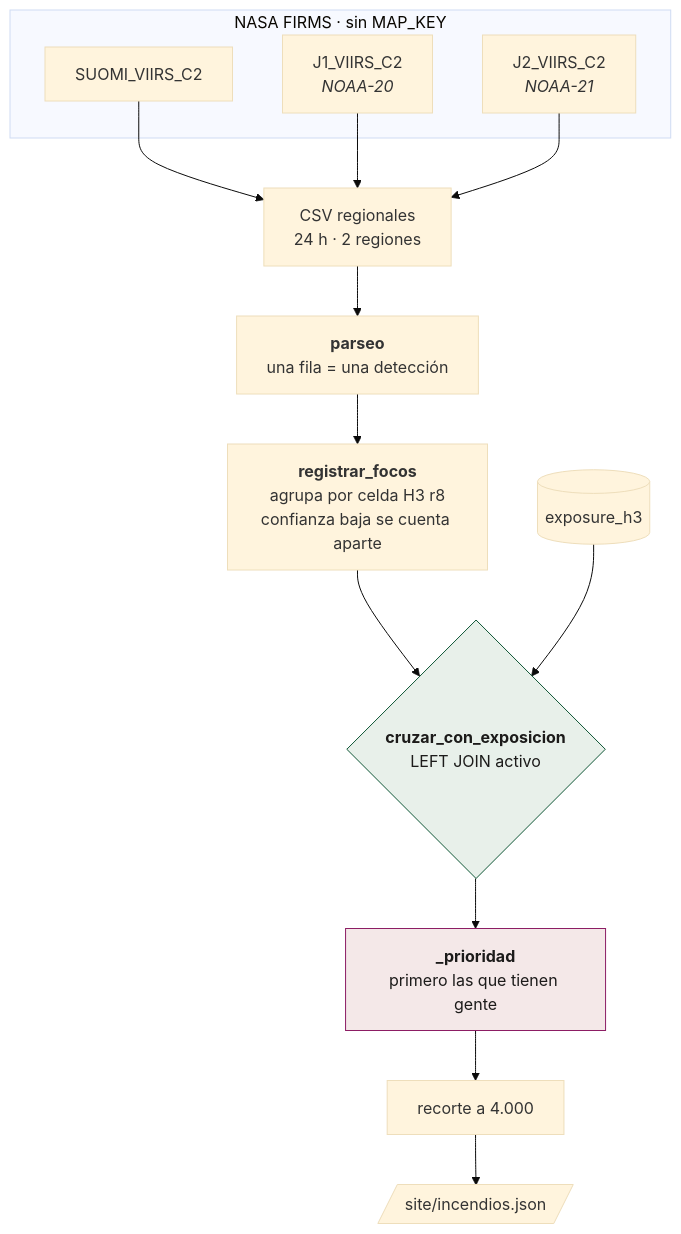
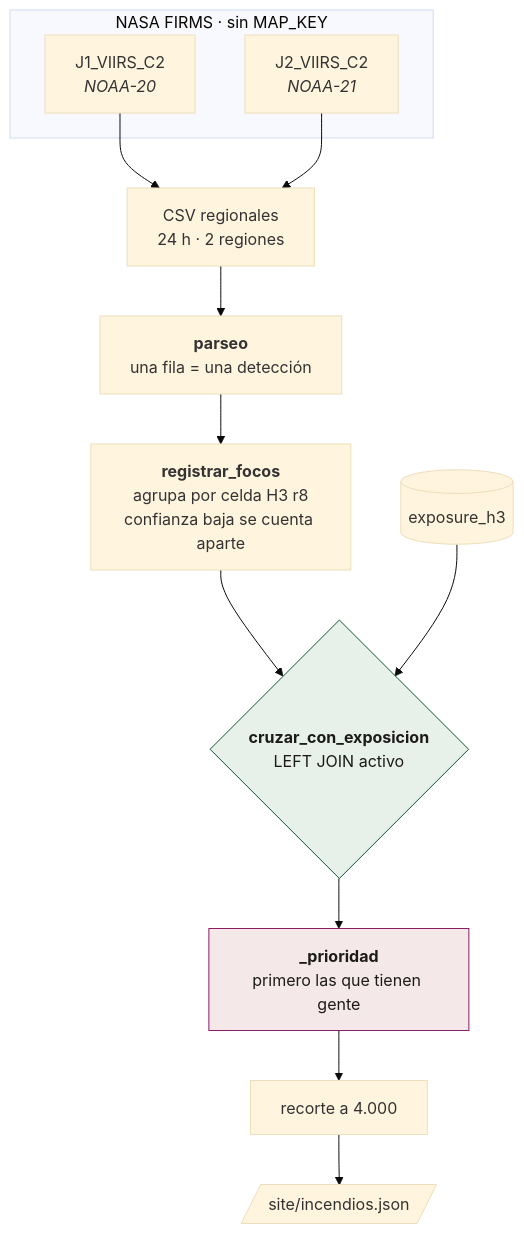
Before and after one commit to sforero77/CENTINELA: the first of 2 diagrams in docs/pipelines/p5-incendios.md, drawn with Mermaid (base theme). The commit also changed other lines of this file and 14 other files, not shown here.

````diff
--- a/docs/pipelines/p5-incendios.md
+++ b/docs/pipelines/p5-incendios.md
@@ -11,23 +11,21 @@
 ```mermaid
 flowchart TB
   subgraph fuente["NASA FIRMS · sin MAP_KEY"]
-    S1["SUOMI_VIIRS_C2"]
     S2["J1_VIIRS_C2<br/><i>NOAA-20</i>"]
     S3["J2_VIIRS_C2<br/><i>NOAA-21</i>"]
   end
 
-  S1 --> CSV["CSV regionales<br/>24 h · 2 regiones"]
-  S2 --> CSV
+  S2 --> CSV["CSV regionales<br/>24 h · 2 regiones"]
   S3 --> CSV
 
   CSV --> PARSE["<b>parseo</b><br/>una fila = una detección"]
   PARSE --> AGG["<b>registrar_focos</b><br/>agrupa por celda H3 r8<br/>confianza baja se cuenta aparte"]
   AGG --> JOIN{"<b>cruzar_con_exposicion</b><br/>LEFT JOIN activo"}
   ACT[("exposure_h3")] --> JOIN
   JOIN --> PRIO["<b>_prioridad</b><br/>primero las que tienen gente"]
   PRIO --> CUT["recorte a 4.000"]
   CUT --> OUT[/"site/incendios.json"/]
 
   style JOIN fill:#e8f0ea,stroke:#0f5636,color:#1c1b1a
   style PRIO fill:#f4e8e8,stroke:#8c1d64,color:#1c1b1a
 ```
````
